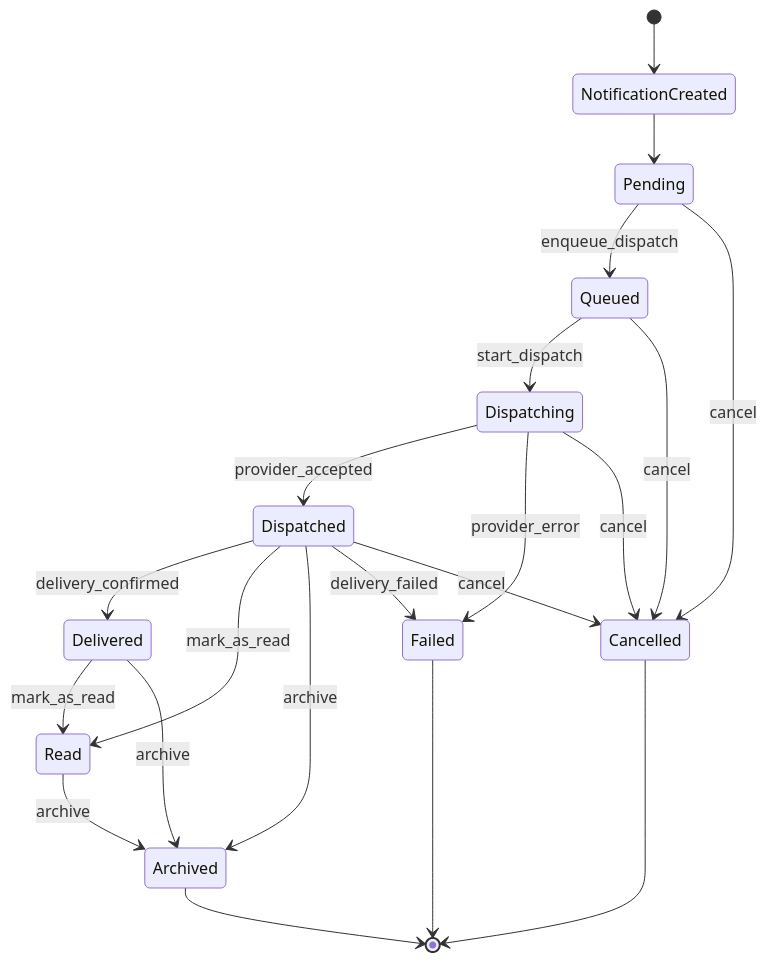
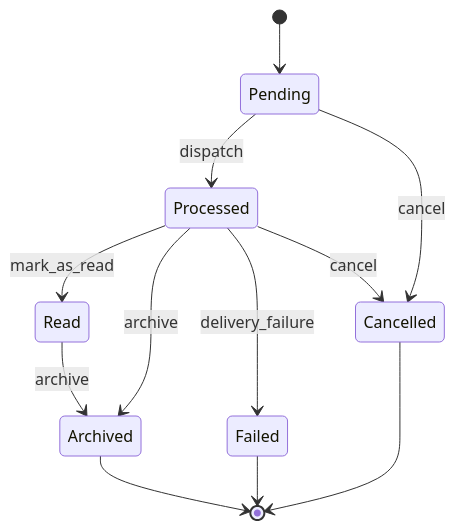
One commit to RaphaelReggiani/ecommerce_hub changed the eighth of 8 diagrams in README.md. Above: the diagram before and after it, drawn with Mermaid. The commit also changed other lines of this file and 98 other files, not shown here.

````diff
--- a/README.md
+++ b/README.md
@@ -1948,32 +1958,19 @@
 ```mermaid
 stateDiagram-v2
 
-    [*] --> NotificationCreated
+    [*] --> Pending
 
-    NotificationCreated --> Pending
-
-    Pending --> Queued : enqueue_dispatch
+    Pending --> Processed : dispatch
     Pending --> Cancelled : cancel
 
-    Queued --> Dispatching : start_dispatch
-    Queued --> Cancelled : cancel
-
-    Dispatching --> Dispatched : provider_accepted
-    Dispatching --> Failed : provider_error
-    Dispatching --> Cancelled : cancel
-
-    Dispatched --> Delivered : delivery_confirmed
-    Dispatched --> Read : mark_as_read
-    Dispatched --> Archived : archive
-    Dispatched --> Failed : delivery_failed
-    Dispatched --> Cancelled : cancel
-
-    Delivered --> Read : mark_as_read
-    Delivered --> Archived : archive
+    Processed --> Read : mark_as_read
+    Processed --> Archived : archive
+    Processed --> Failed : delivery_failure
+    Processed --> Cancelled : cancel
 
     Read --> Archived : archive
 
     Failed --> [*]
     Cancelled --> [*]
     Archived --> [*]
 ```
````
